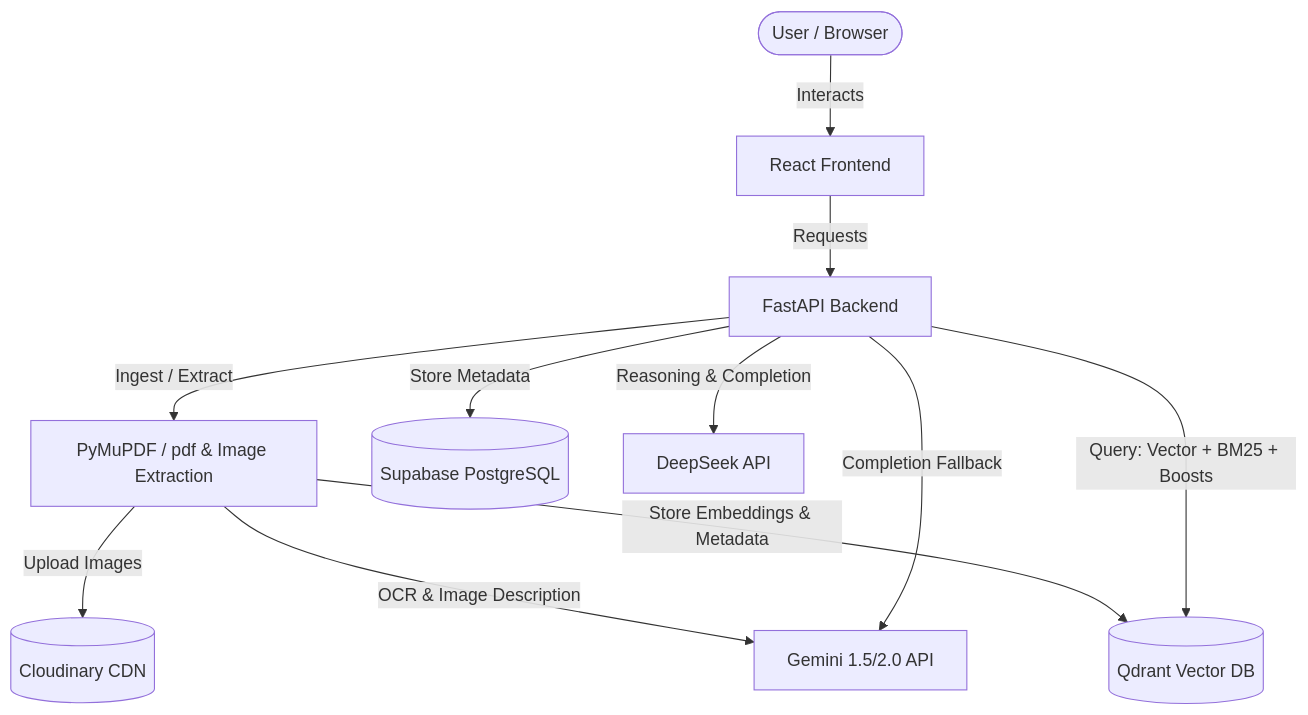
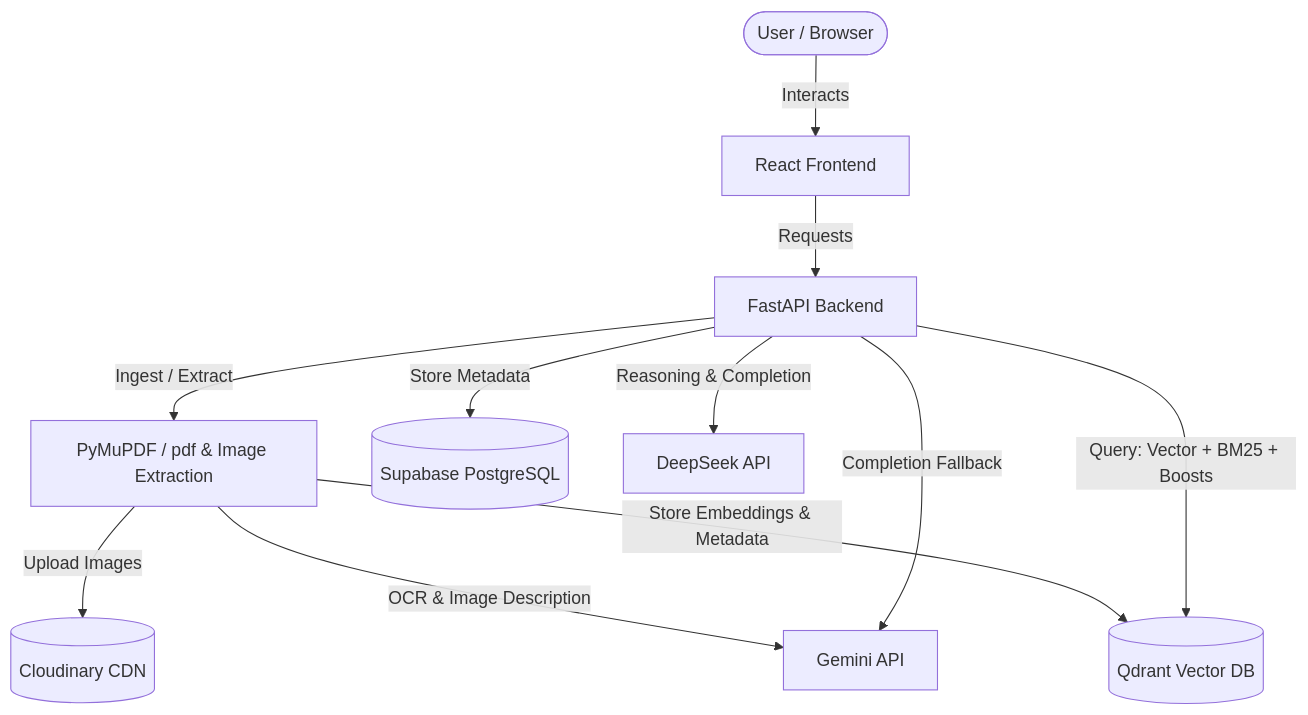
The diagram in README.md (supernovaDS/ragAgent), drawn with Mermaid before and after one commit. The commit also changed other lines of this file and 1 other file, not shown here.

Commit message:
docs: remove outdated Gemini version references and embed PostgreSQL schema diagram

````diff
--- a/README.md
+++ b/README.md
@@ -20,17 +20,17 @@
 ```mermaid
 graph TD
     User([User / Browser]) -->|Interacts| FE[React Frontend]
     FE -->|Requests| BE[FastAPI Backend]
     
     BE -->|Ingest / Extract| PDF[PyMuPDF / pdf & Image Extraction]
     BE -->|Store Metadata| DB[(Supabase PostgreSQL)]
     
     PDF -->|Upload Images| Cloudinary[(Cloudinary CDN)]
-    PDF -->|OCR & Image Description| Gemini[Gemini 1.5/2.0 API]
+    PDF -->|OCR & Image Description| Gemini[Gemini API]
     
     PDF -->|Store Embeddings & Metadata| Qdrant[(Qdrant Vector DB)]
     
     BE -->|Query: Vector + BM25 + Boosts| Qdrant
     BE -->|Reasoning & Completion| DeepSeek[DeepSeek API]
     BE -->|Completion Fallback| Gemini
 ```
````
